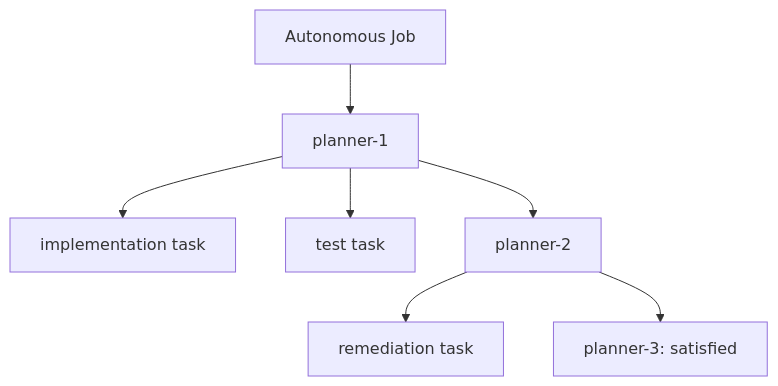
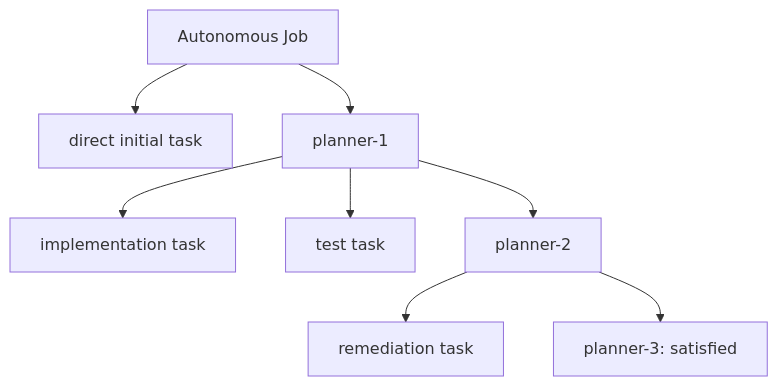
Before and after one commit to lalalic/agents-relay: the second of 4 diagrams in docs/autonomous-objective-jobs.md, drawn with Mermaid. The commit also changed other lines of this file and 17 other files, not shown here.

Commit message:
simplify task CLI and planner rounds

````diff
--- a/docs/autonomous-objective-jobs.md
+++ b/docs/autonomous-objective-jobs.md
@@ -72,9 +63,10 @@
 ```mermaid
 graph TD
-    J[Autonomous Job] --> P1[planner-1]
+    J[Autonomous Job] --> T0[direct initial task]
+    J --> P1[planner-1]
     P1 --> T1[implementation task]
     P1 --> T2[test task]
     P1 --> P2[planner-2]
     P2 --> T3[remediation task]
     P2 --> P3[planner-3: satisfied]
 ```
````
